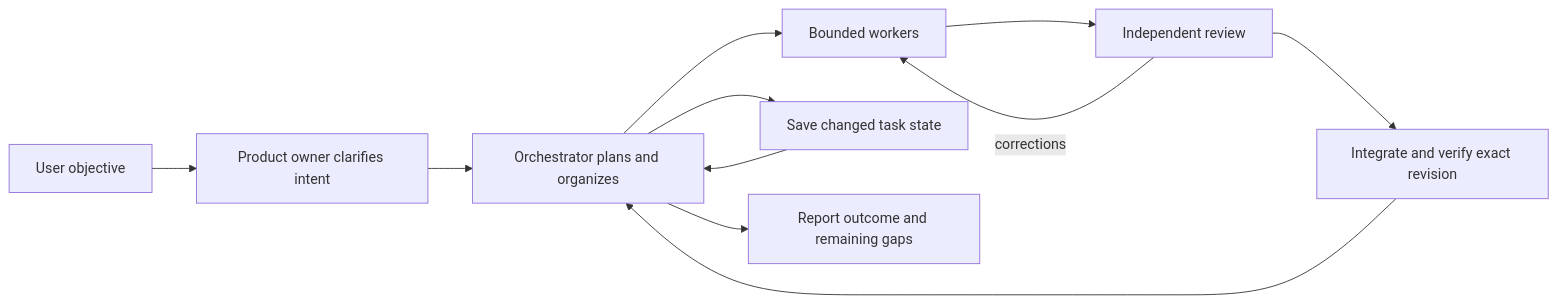
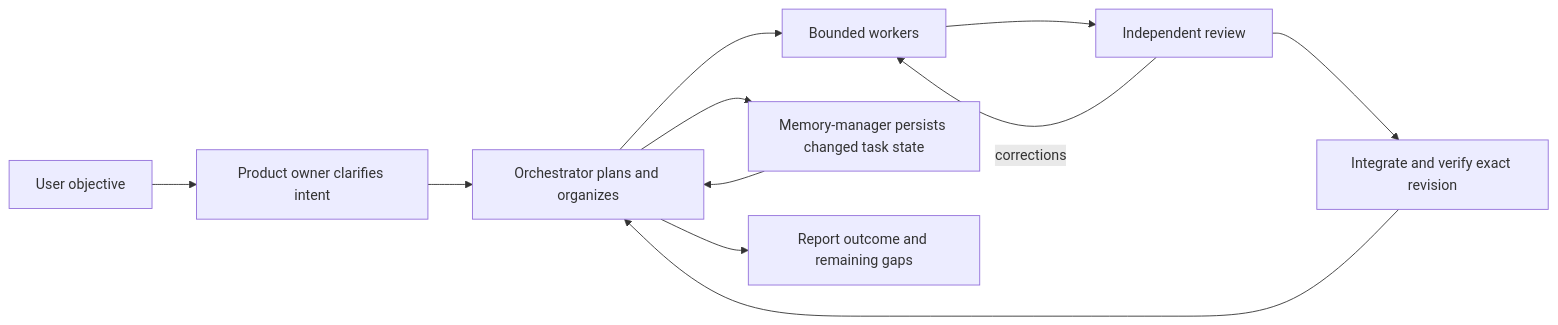
One commit to smartfrog/opencode-froggy changed the second of 5 diagrams in docs/orchestration.md. Above: the diagram before and after it, drawn with Mermaid. The commit also changed other lines of this file and 19 other files, not shown here.

Commit message:
Restrict memory writes to manager and add guarded targeted edits

````diff
--- a/docs/orchestration.md
+++ b/docs/orchestration.md
@@ -87,13 +89,13 @@
 ```mermaid
 flowchart LR
     U[User objective] --> P[Product owner clarifies intent]
     P --> O[Orchestrator plans and organizes]
     O --> W[Bounded workers]
     W --> R[Independent review]
     R -->|corrections| W
     R --> I[Integrate and verify exact revision]
     I --> O
-    O --> T[Save changed task state]
+    O --> T[Memory-manager persists changed task state]
     T --> O
     O --> F[Report outcome and remaining gaps]
 ```
````
